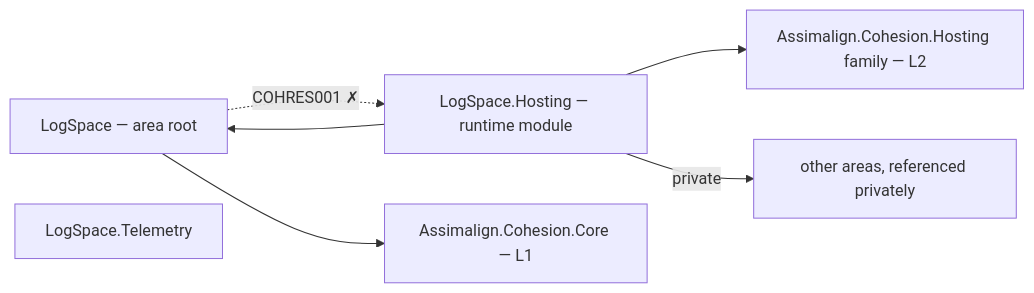
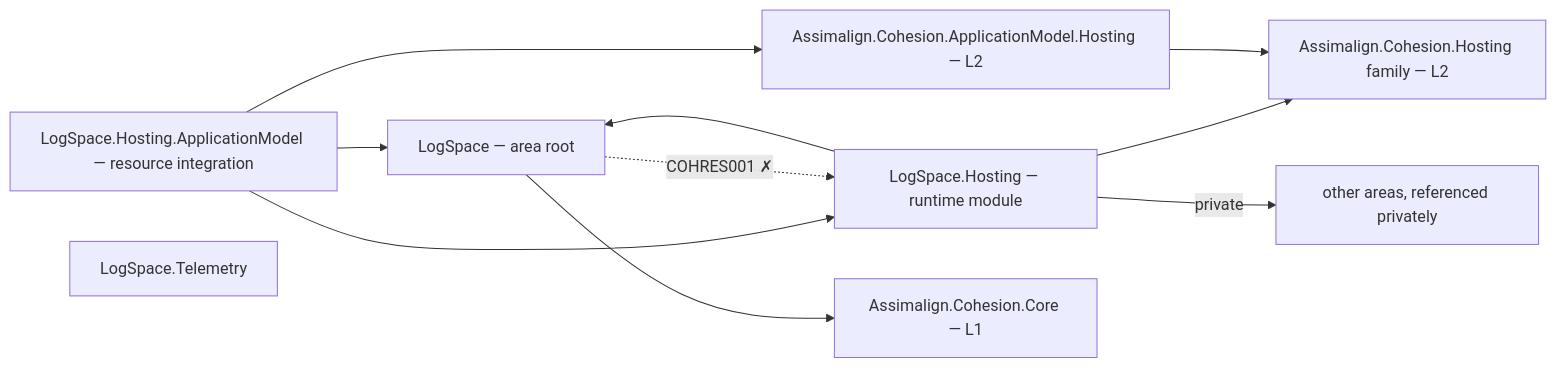
One commit to assimalign/cohesion changed the diagram in resources/LogSpace/README.md. Above: the diagram before and after it, drawn with Mermaid. The commit also changed other lines of this file and 454 other files, not shown here.

First line of the commit message:
feat(resources): give every resource area a Hosting.ApplicationModel integration

````diff
--- a/resources/LogSpace/README.md
+++ b/resources/LogSpace/README.md
@@ -12,14 +12,20 @@
 ```mermaid
 flowchart LR
     P0["LogSpace — area root"]
     P2["LogSpace.Hosting — runtime module"]
+    PAM["LogSpace.Hosting.ApplicationModel — resource integration"]
+    AMH["Assimalign.Cohesion.ApplicationModel.Hosting — L2"]
     P3["LogSpace.Telemetry"]
     CORE["Assimalign.Cohesion.Core — L1"]
     HOSTFAM["Assimalign.Cohesion.Hosting family — L2"]
     PRIV["other areas, referenced privately"]
     P0 --> CORE
     P2 --> HOSTFAM
     P2 --> P0
     P2 -->|"private"| PRIV
+    PAM --> P2
+    PAM --> P0
+    PAM --> AMH
+    AMH --> HOSTFAM
     P0 -.->|"COHRES001 ✗"| P2
 ```
````
